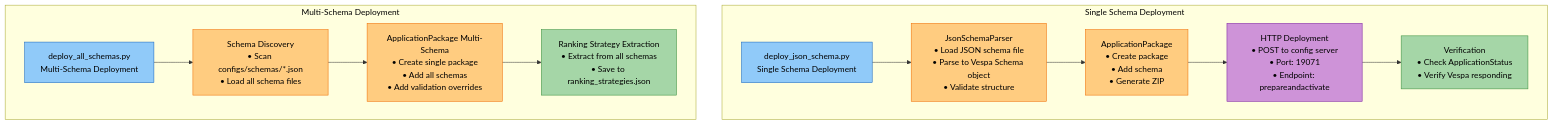
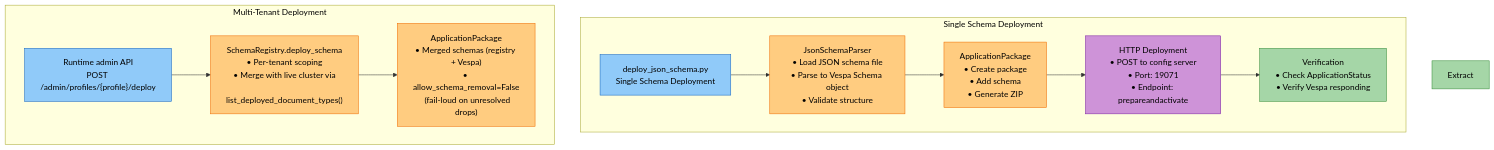
Before and after one commit to amit-jain/cogniverse: the fourth of 4 diagrams in docs/development/scripts-operations.md, drawn with Mermaid. The commit also changed other lines of this file and 8 other files, not shown here.

````diff
--- a/docs/development/scripts-operations.md
+++ b/docs/development/scripts-operations.md
@@ -208,36 +209,34 @@
 ```mermaid
 flowchart TB
     subgraph Single["<span style='color:#000'>Single Schema Deployment</span>"]
         Single1["<span style='color:#000'>deploy_json_schema.py<br/>Single Schema Deployment</span>"]
         Parser["<span style='color:#000'>JsonSchemaParser<br/>• Load JSON schema file<br/>• Parse to Vespa Schema object<br/>• Validate structure</span>"]
         Package1["<span style='color:#000'>ApplicationPackage<br/>• Create package<br/>• Add schema<br/>• Generate ZIP</span>"]
         Deploy1["<span style='color:#000'>HTTP Deployment<br/>• POST to config server<br/>• Port: 19071<br/>• Endpoint: prepareandactivate</span>"]
         Verify["<span style='color:#000'>Verification<br/>• Check ApplicationStatus<br/>• Verify Vespa responding</span>"]
 
         Single1 --> Parser
         Parser --> Package1
         Package1 --> Deploy1
         Deploy1 --> Verify
     end
 
-    subgraph Multi["<span style='color:#000'>Multi-Schema Deployment</span>"]
-        Multi1["<span style='color:#000'>deploy_all_schemas.py<br/>Multi-Schema Deployment</span>"]
-        Discovery["<span style='color:#000'>Schema Discovery<br/>• Scan configs/schemas/*.json<br/>• Load all schema files</span>"]
-        Package2["<span style='color:#000'>ApplicationPackage Multi-Schema<br/>• Create single package<br/>• Add all schemas<br/>• Add validation overrides</span>"]
-        Extract["<span style='color:#000'>Ranking Strategy Extraction<br/>• Extract from all schemas<br/>• Save to ranking_strategies.json</span>"]
+    subgraph Multi["<span style='color:#000'>Multi-Tenant Deployment</span>"]
+        Multi1["<span style='color:#000'>Runtime admin API<br/>POST /admin/profiles/{profile}/deploy</span>"]
+        Registry["<span style='color:#000'>SchemaRegistry.deploy_schema<br/>• Per-tenant scoping<br/>• Merge with live cluster via<br/>  list_deployed_document_types()</span>"]
+        Package2["<span style='color:#000'>ApplicationPackage<br/>• Merged schemas (registry + Vespa)<br/>• allow_schema_removal=False<br/>  (fail-loud on unresolved drops)</span>"]
 
-        Multi1 --> Discovery
-        Discovery --> Package2
-        Package2 --> Extract
+        Multi1 --> Registry
+        Registry --> Package2
     end
 
     style Single1 fill:#90caf9,stroke:#1565c0,color:#000
     style Multi1 fill:#90caf9,stroke:#1565c0,color:#000
     style Parser fill:#ffcc80,stroke:#ef6c00,color:#000
     style Package1 fill:#ffcc80,stroke:#ef6c00,color:#000
-    style Discovery fill:#ffcc80,stroke:#ef6c00,color:#000
+    style Registry fill:#ffcc80,stroke:#ef6c00,color:#000
     style Package2 fill:#ffcc80,stroke:#ef6c00,color:#000
     style Deploy1 fill:#ce93d8,stroke:#7b1fa2,color:#000
     style Verify fill:#a5d6a7,stroke:#388e3c,color:#000
     style Extract fill:#a5d6a7,stroke:#388e3c,color:#000
 ```
````
